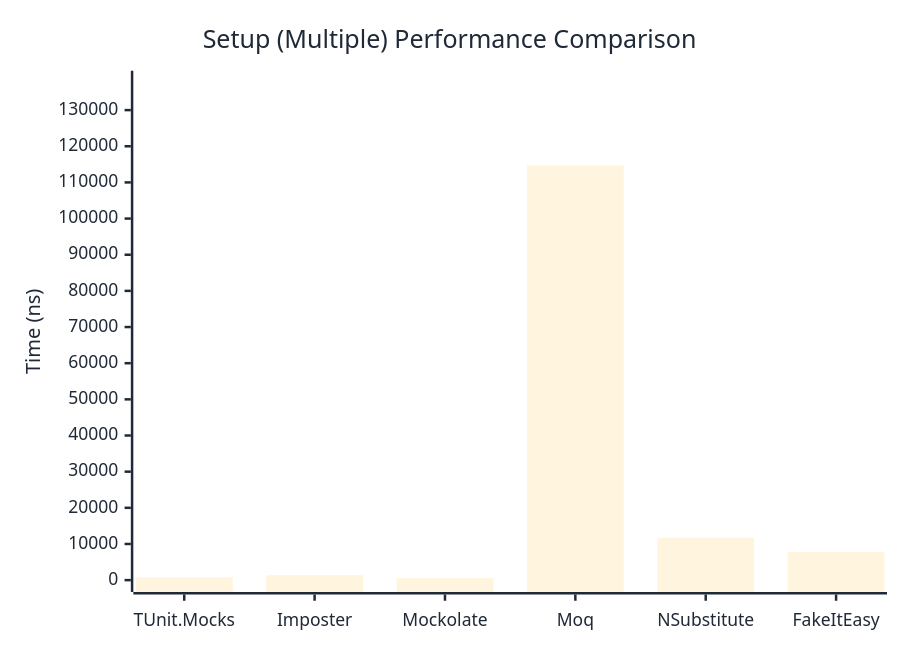
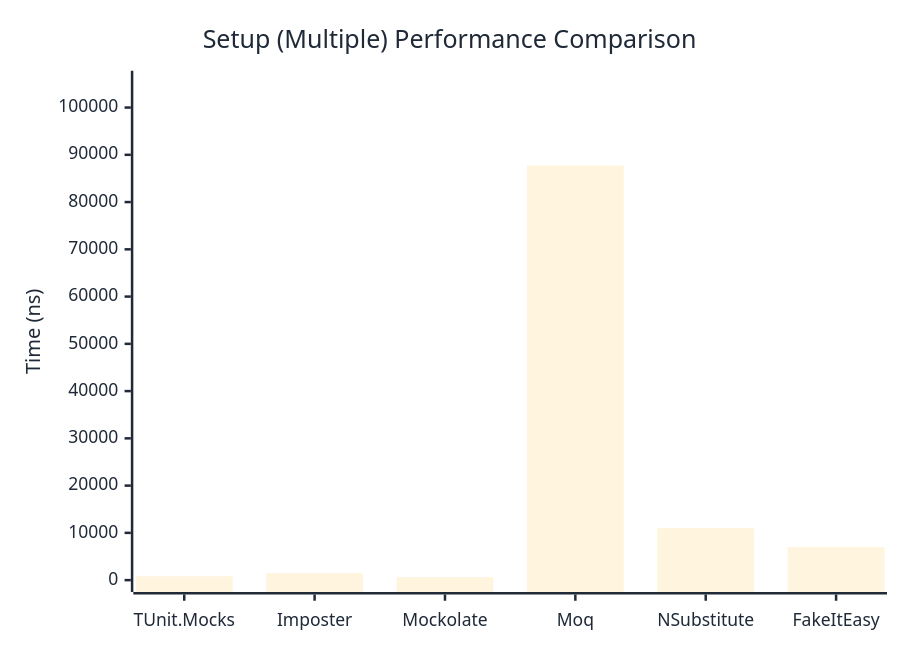
The second of 2 diagrams in docs/docs/benchmarks/mocks/Setup.md (thomhurst/TUnit), drawn with Mermaid before and after one commit. The commit also changed other lines of this file and 14 other files, not shown here.

````diff
--- a/docs/docs/benchmarks/mocks/Setup.md
+++ b/docs/docs/benchmarks/mocks/Setup.md
@@ -71,27 +71,27 @@
 ```mermaid
 %%{init: {
   'theme':'base',
   'themeVariables': {
     'primaryColor': '#2563eb',
     'primaryTextColor': '#1f2937',
     'primaryBorderColor': '#1e40af',
     'lineColor': '#6b7280',
     'secondaryColor': '#7c3aed',
     'tertiaryColor': '#dc2626',
     'background': '#ffffff',
     'pie1': '#2563eb',
     'pie2': '#7c3aed',
     'pie3': '#dc2626',
     'pie4': '#f59e0b',
     'pie5': '#10b981',
     'pie6': '#06b6d4',
     'pie7': '#ec4899',
     'pie8': '#6366f1'
   }
 }}%%
 xychart-beta
   title "Setup (Multiple) Performance Comparison"
   x-axis ["TUnit.Mocks", "Imposter", "Mockolate", "Moq", "NSubstitute", "FakeItEasy"]
-  y-axis "Time (ns)" 0 --> 137601
-  bar [732.2, 1338.9, 554, 114666.8, 11720.6, 7737.3]
+  y-axis "Time (ns)" 0 --> 105275
+  bar [816.2, 1488, 601.4, 87728.6, 11004.1, 6985.1]
 ```
````
